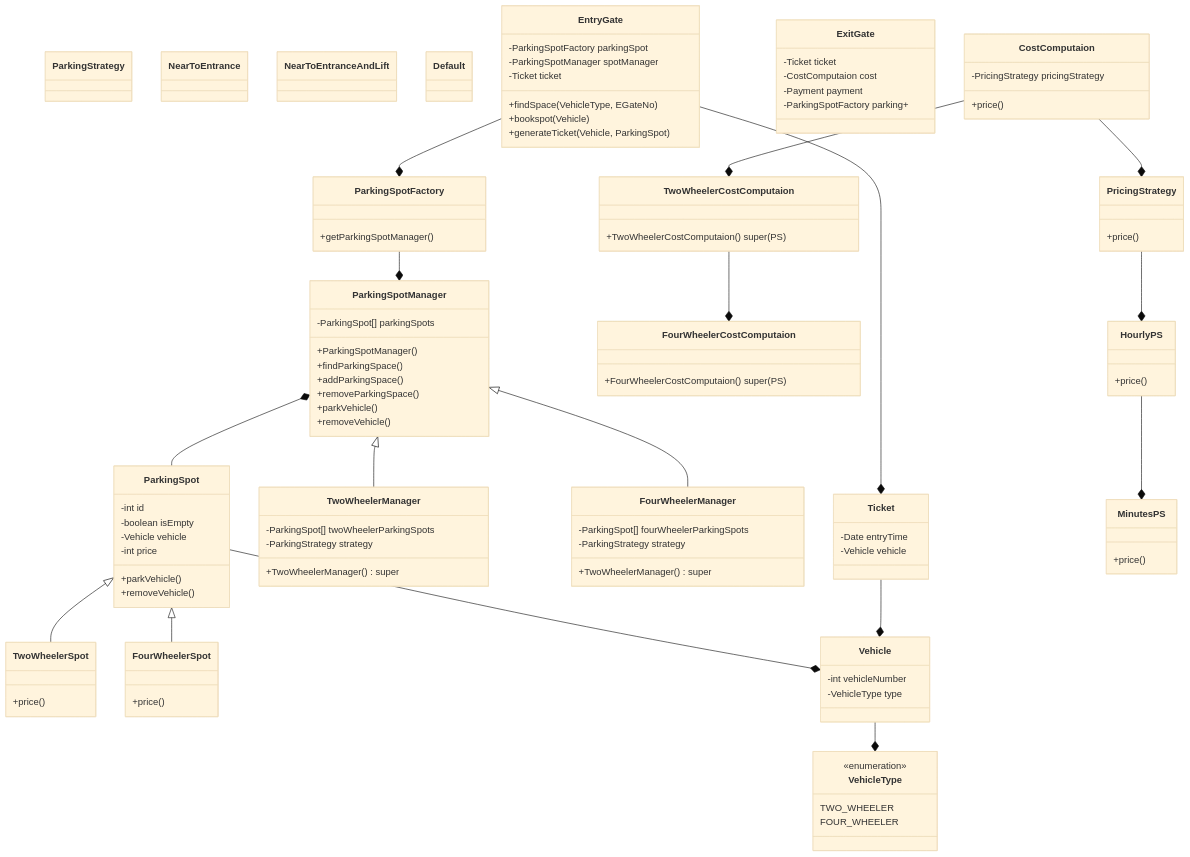
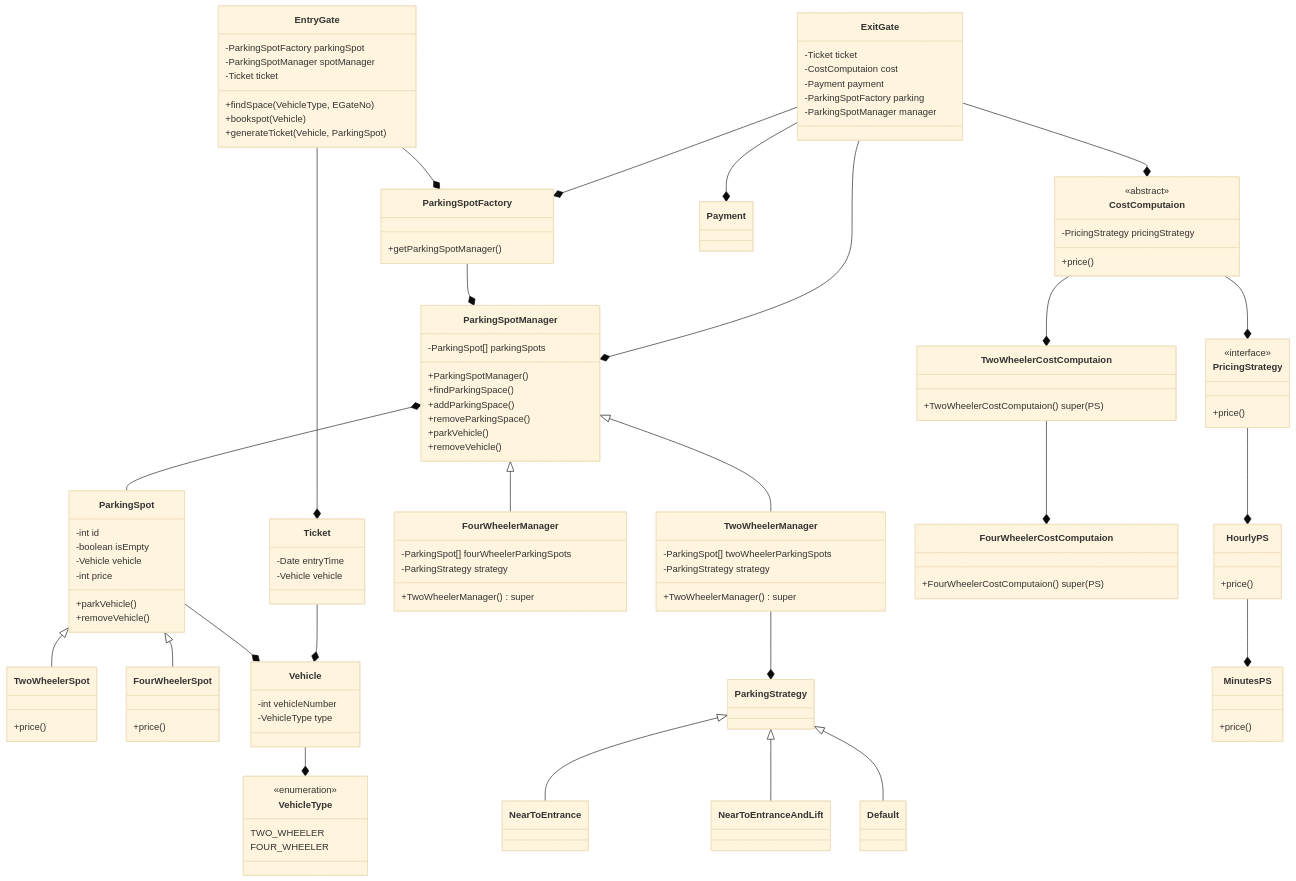
One commit to akashfit2max/low.level.design changed the diagram in src/main/java/com/akash/low/level/design/case_studies/ParkingLotLLD/parkinglot.md. Above: the diagram before and after it, drawn with Mermaid (base theme). The commit also changed 16 other files, not shown here.

````diff
--- a/src/main/java/com/akash/low/level/design/case_studies/ParkingLotLLD/parkinglot.md
+++ b/src/main/java/com/akash/low/level/design/case_studies/ParkingLotLLD/parkinglot.md
@@ -101,12 +101,14 @@
         -Ticket ticket
         -CostComputaion cost
         -Payment payment
-        -ParkingSpotFactory parking+
+        -ParkingSpotFactory parking
+        -ParkingSpotManager manager
     }
 
     class CostComputaion {
+        <<abstract>>
         -PricingStrategy pricingStrategy
-        +price() 
+        +price()
     }
     class TwoWheelerCostComputaion {
         +TwoWheelerCostComputaion() super(PS)
@@ -119,6 +121,7 @@
     TwoWheelerCostComputaion --* FourWheelerCostComputaion
 
     class PricingStrategy {
+        <<interface>>
         +price()
     }
     class HourlyPS {
@@ -131,5 +134,17 @@
     CostComputaion --* PricingStrategy
     PricingStrategy --* HourlyPS
     HourlyPS --* MinutesPS
+    ExitGate --* CostComputaion
+
+    class Payment {
+    }
+
+    ExitGate --* Payment
+    ExitGate --* ParkingSpotManager
+    ExitGate --* ParkingSpotFactory
+    ParkingStrategy <|-- NearToEntrance
+    ParkingStrategy <|-- NearToEntranceAndLift
+    ParkingStrategy <|-- Default
+    TwoWheelerManager --* ParkingStrategy
 
 ```
````
